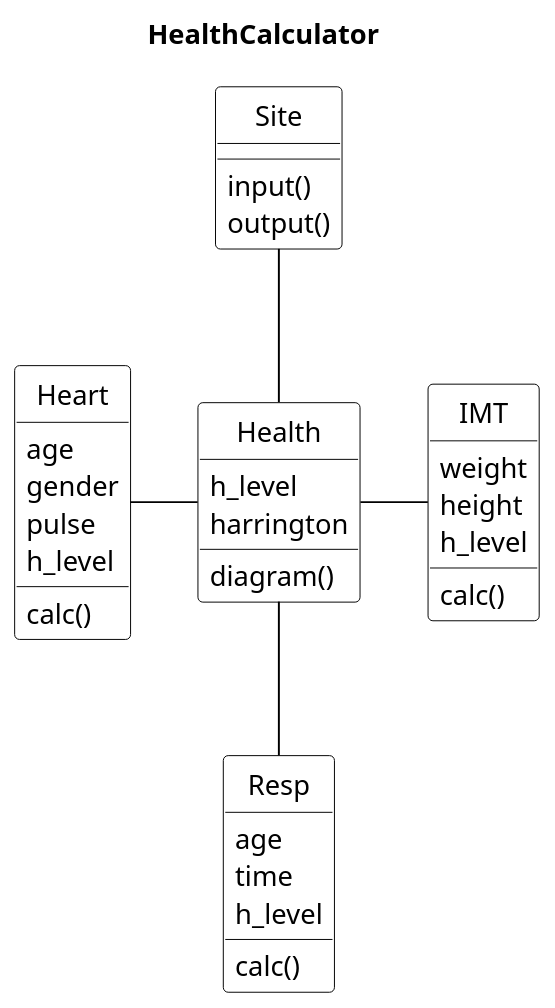
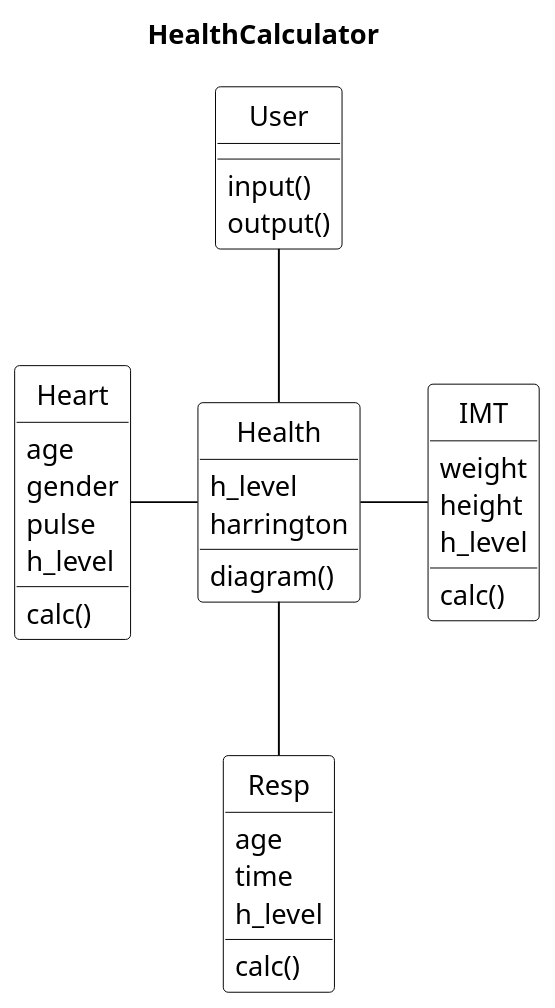
The diagram in UML_modules.puml (MattPopov/HealthCalculatorBranch), drawn with PlantUML before and after one commit. The commit also changed 1 other file, not shown here.

```diff
--- a/UML_modules.puml
+++ b/UML_modules.puml
@@ -1,58 +1,58 @@
 @startuml
 title   HealthCalculator
 
 
 skinparam class {
 BackgroundColor White
 ArrowColor Black
 BorderColor Black
 }
 skinparam object {
 BackgroundColor White
 ArrowColor Black
 BorderColor Black
 }
 scale 1.3
 skinparam DefaultTextAlignment left
 skinparam shadowing false
 skinparam packageStyle frame
 hide circle
 'hide members
 'skinparam monochrome true
 'note " lots in deal" as spread
 'package Storage {
 class Heart{
 age
 gender
 pulse
 h_level
 calc()
 }
 class Resp{
 age
 time
 h_level
 calc()
 }
 class IMT{
 weight
 height
 h_level
 calc()
 }
 class Health{
 h_level
 harrington
 
 diagram()
 }
-class Site{
+class User{
 input()
 output()
 }
 Health -l- Heart
 Health - IMT
-Health -u- Site
+Health -u- User
 Health --  Resp
 'Mean_deal --|> Deal
 @enduml
```
